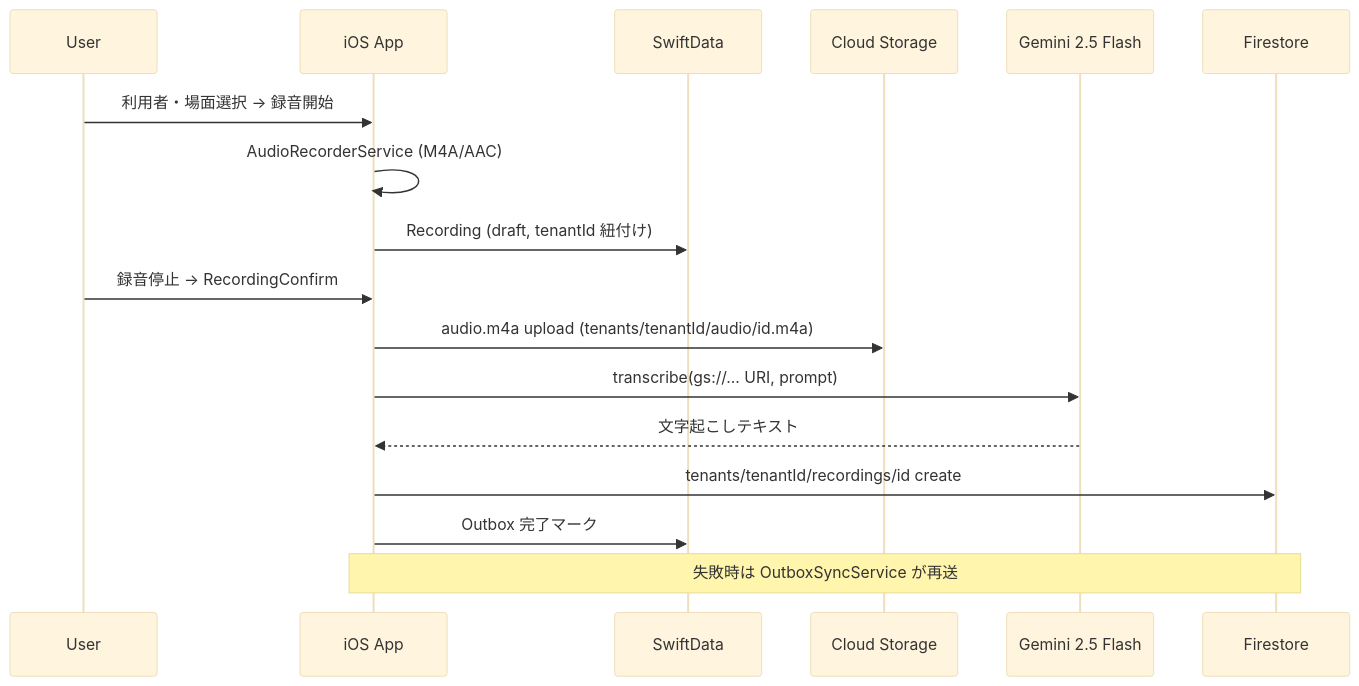
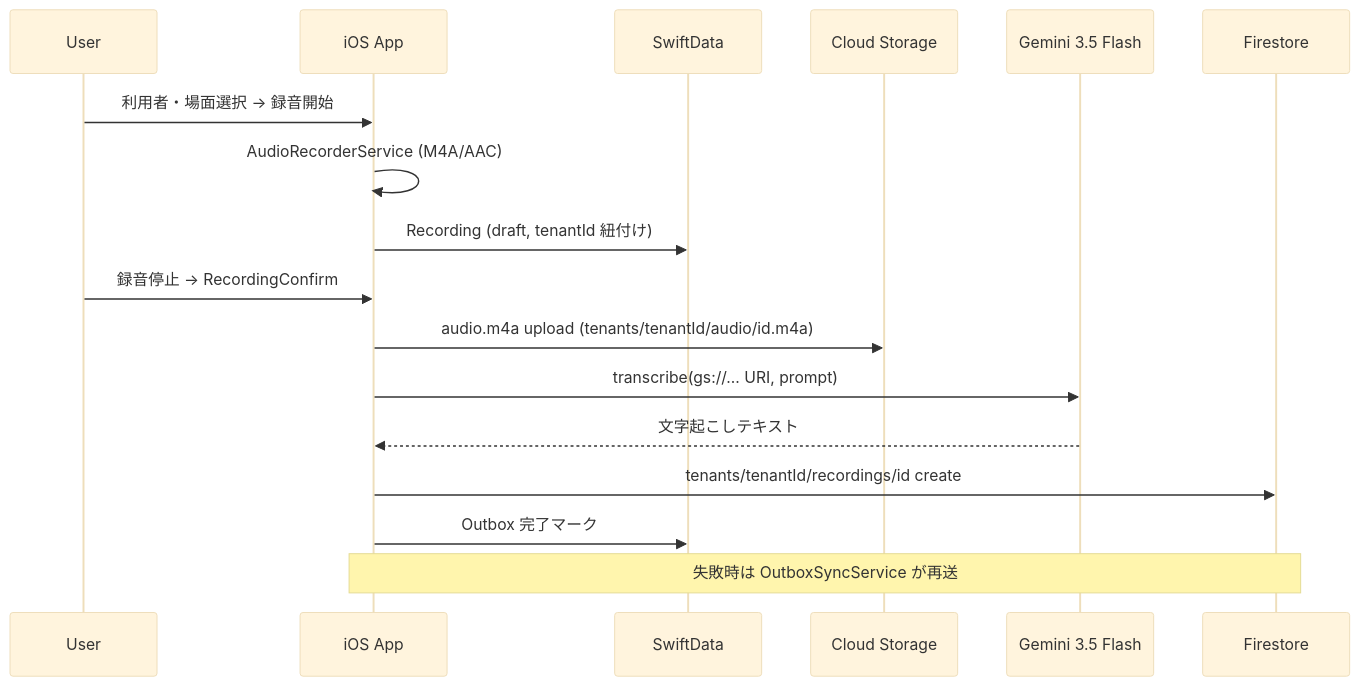
One commit to system-279/carenote-ios changed the second of 3 diagrams in README.md. Above: the diagram before and after it, drawn with Mermaid (base theme). The commit also changed other lines of this file and 20 other files, not shown here.

````diff
--- a/README.md
+++ b/README.md
@@ -90,20 +90,20 @@
 ```mermaid
 sequenceDiagram
     participant U as User
     participant App as iOS App
     participant Local as SwiftData
     participant CS as Cloud Storage
-    participant G as Gemini 2.5 Flash
+    participant G as Gemini 3.5 Flash
     participant FS as Firestore
 
     U->>App: 利用者・場面選択 → 録音開始
     App->>App: AudioRecorderService (M4A/AAC)
     App->>Local: Recording (draft, tenantId 紐付け)
     U->>App: 録音停止 → RecordingConfirm
     App->>CS: audio.m4a upload (tenants/tenantId/audio/id.m4a)
     App->>G: transcribe(gs://... URI, prompt)
     G-->>App: 文字起こしテキスト
     App->>FS: tenants/tenantId/recordings/id create
     App->>Local: Outbox 完了マーク
     Note over App,FS: 失敗時は OutboxSyncService が再送
 ```
````
